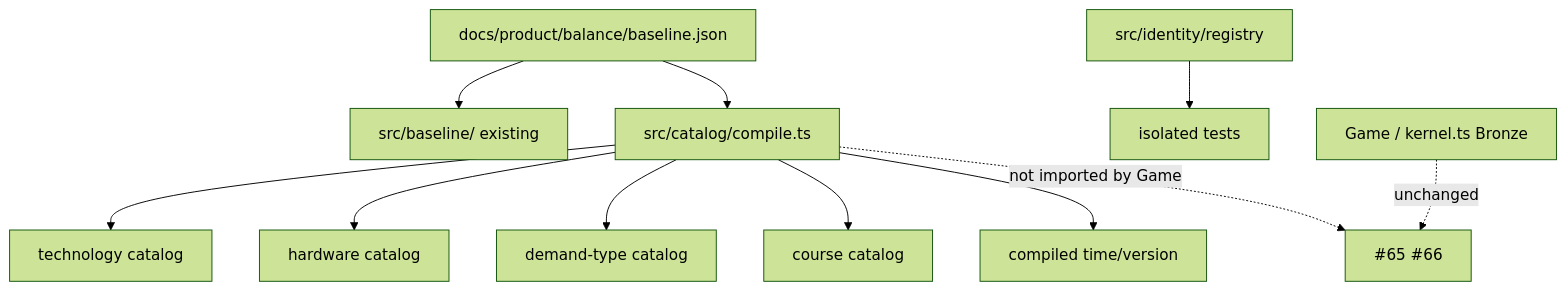
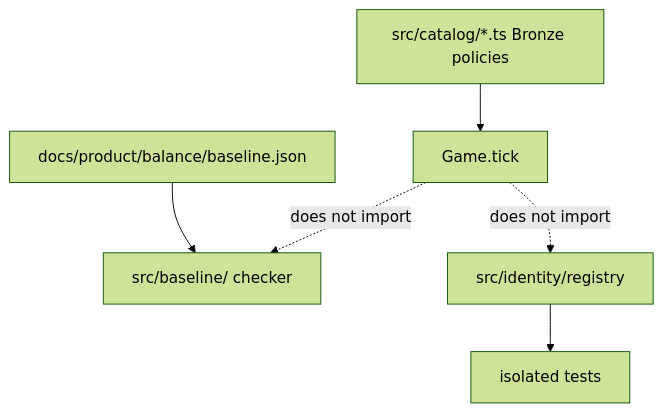
One commit to movahedan/fivenines changed the diagram in .cursor/plans/m2-catalog-and-identity-foundations.plan.md. Above: the diagram before and after it, drawn with Mermaid (forest theme). The commit also changed other lines of this file and 13 other files, not shown here.

Commit message:
refactor(@packages/fivenines-engine,root): drop unused catalog compile pipeline

````diff
--- a/.cursor/plans/m2-catalog-and-identity-foundations.plan.md
+++ b/.cursor/plans/m2-catalog-and-identity-foundations.plan.md
@@ -37,13 +33,8 @@
 ```mermaid
 flowchart TB
-  Baseline["docs/product/balance/baseline.json"] --> Checker["src/baseline/ existing"]
-  Baseline --> Compile["src/catalog/compile.ts"]
-  Compile --> Tech["technology catalog"]
-  Compile --> Hw["hardware catalog"]
-  Compile --> Demand["demand-type catalog"]
-  Compile --> Courses["course catalog"]
-  Compile --> Time["compiled time/version"]
+  Baseline["docs/product/balance/baseline.json"] --> Checker["src/baseline/ checker"]
+  LiveTs["src/catalog/*.ts Bronze policies"] --> GameNow["Game.tick"]
   Identity["src/identity/registry"] --> Tests["isolated tests"]
-  GameNow["Game / kernel.ts Bronze"] -.->|"unchanged"| Later["#65 #66"]
-  Compile -.->|"not imported by Game"| Later
+  GameNow -.->|"does not import"| Checker
+  GameNow -.->|"does not import"| Identity
 ```
````
